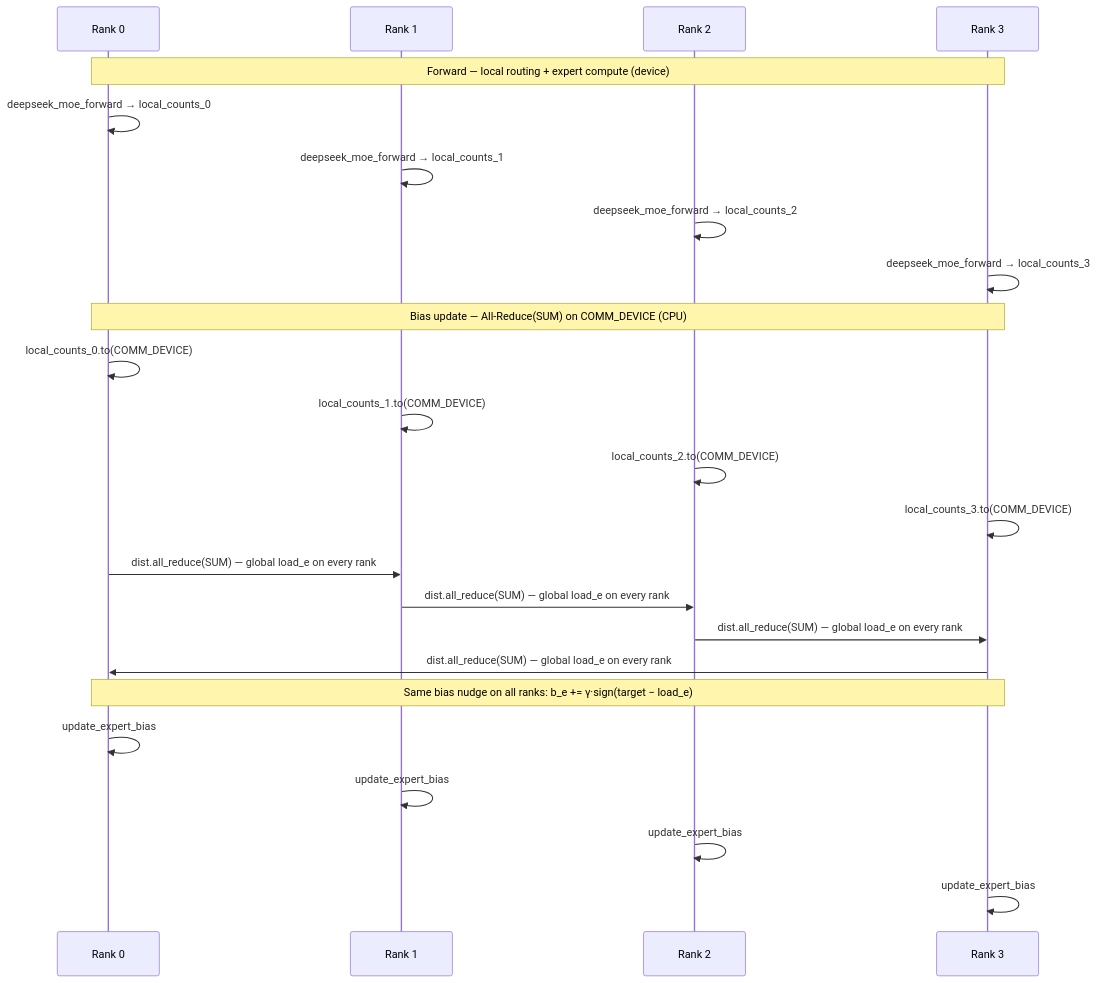
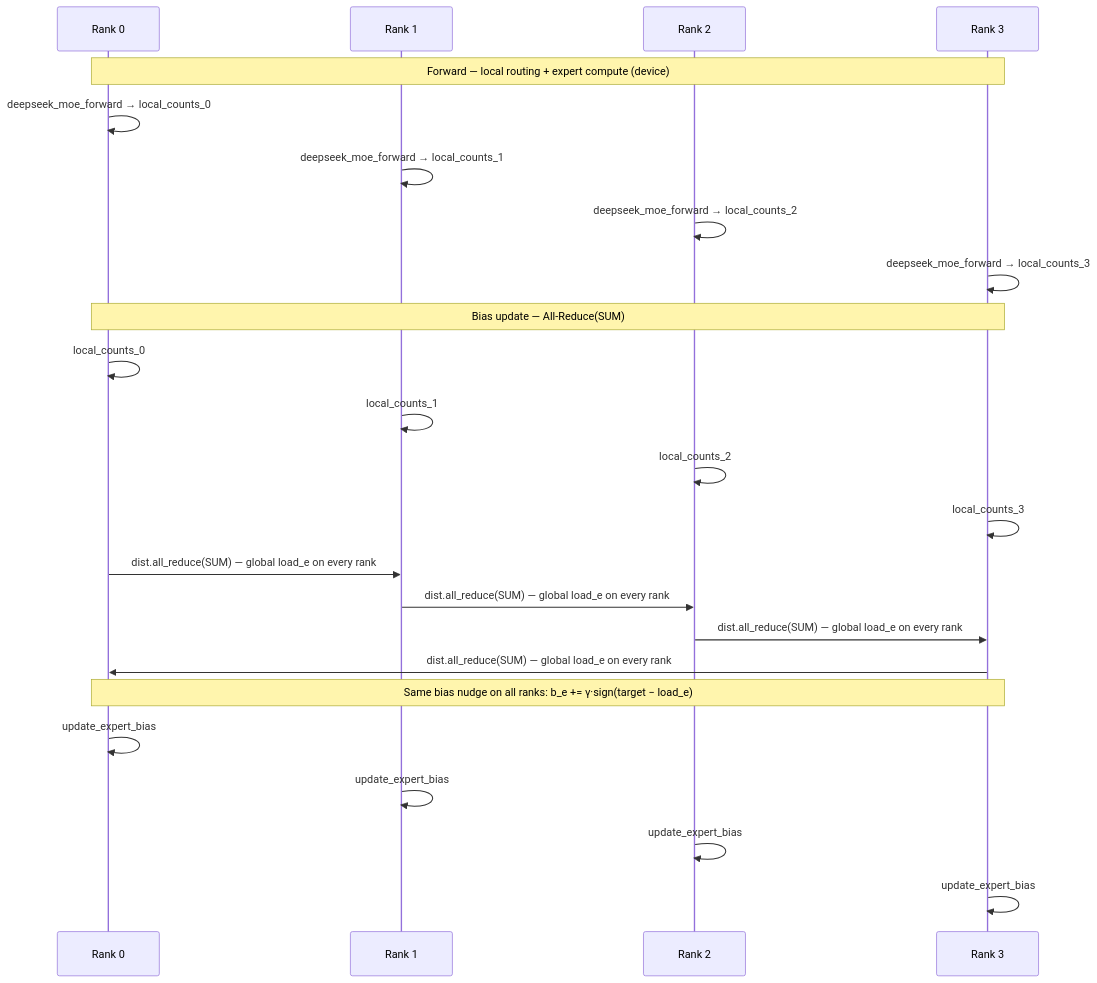
One commit to duoan/micro-trainer changed the diagram in 4_expert_parallel/3_deepseek_moe.md. Above: the diagram before and after it, drawn with Mermaid. The commit also changed other lines of this file and 43 other files, not shown here.

````diff
--- a/4_expert_parallel/3_deepseek_moe.md
+++ b/4_expert_parallel/3_deepseek_moe.md
@@ -48,29 +48,29 @@
 ```mermaid
 sequenceDiagram
     participant R0 as Rank 0
     participant R1 as Rank 1
     participant R2 as Rank 2
     participant R3 as Rank 3
 
     Note over R0,R3: Forward — local routing + expert compute (device)
     R0->>R0: deepseek_moe_forward → local_counts_0
     R1->>R1: deepseek_moe_forward → local_counts_1
     R2->>R2: deepseek_moe_forward → local_counts_2
     R3->>R3: deepseek_moe_forward → local_counts_3
 
-    Note over R0,R3: Bias update — All-Reduce(SUM) on COMM_DEVICE (CPU)
-    R0->>R0: local_counts_0.to(COMM_DEVICE)
-    R1->>R1: local_counts_1.to(COMM_DEVICE)
-    R2->>R2: local_counts_2.to(COMM_DEVICE)
-    R3->>R3: local_counts_3.to(COMM_DEVICE)
+    Note over R0,R3: Bias update — All-Reduce(SUM)
+    R0->>R0: local_counts_0
+    R1->>R1: local_counts_1
+    R2->>R2: local_counts_2
+    R3->>R3: local_counts_3
     R0->>R1: dist.all_reduce(SUM) — global load_e on every rank
     R1->>R2: dist.all_reduce(SUM) — global load_e on every rank
     R2->>R3: dist.all_reduce(SUM) — global load_e on every rank
     R3->>R0: dist.all_reduce(SUM) — global load_e on every rank
 
     Note over R0,R3: Same bias nudge on all ranks: b_e += γ·sign(target − load_e)
     R0->>R0: update_expert_bias
     R1->>R1: update_expert_bias
     R2->>R2: update_expert_bias
     R3->>R3: update_expert_bias
 ```
````
